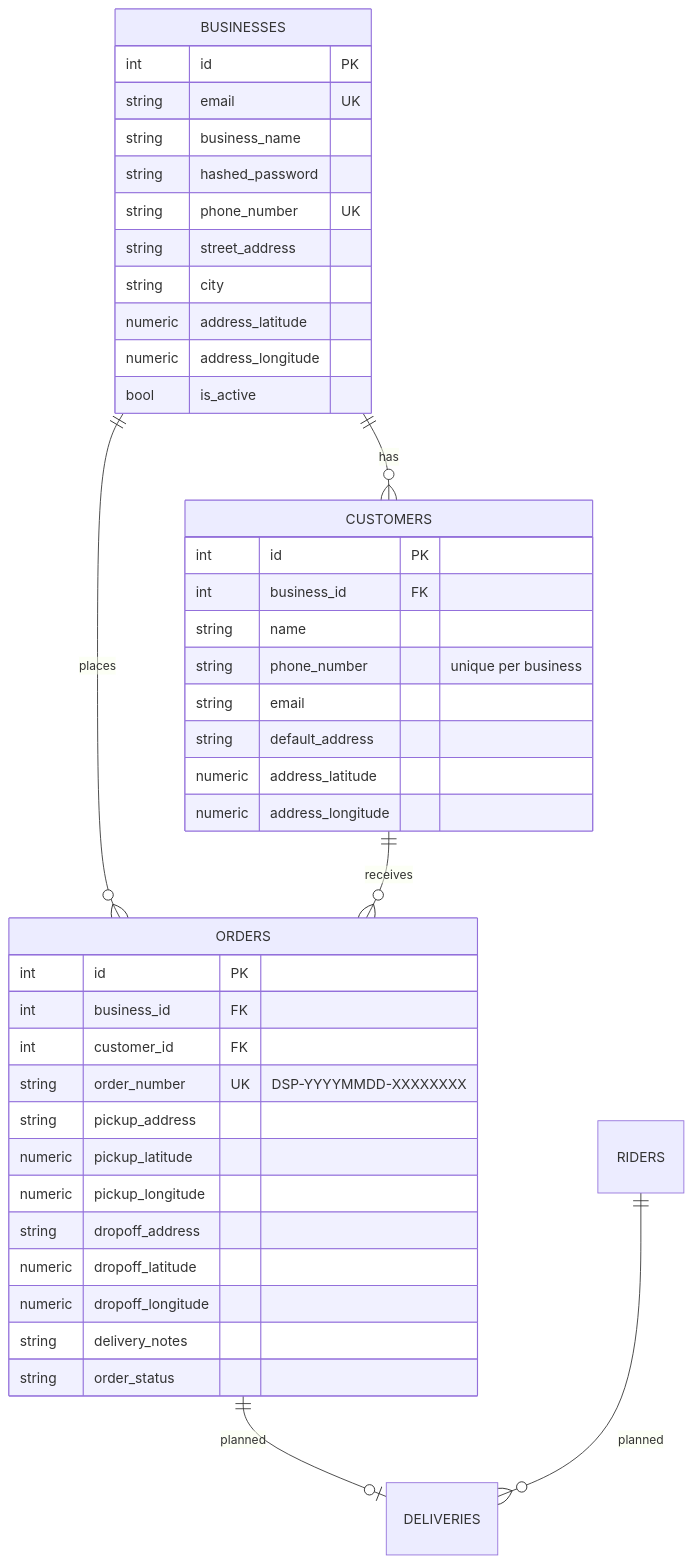
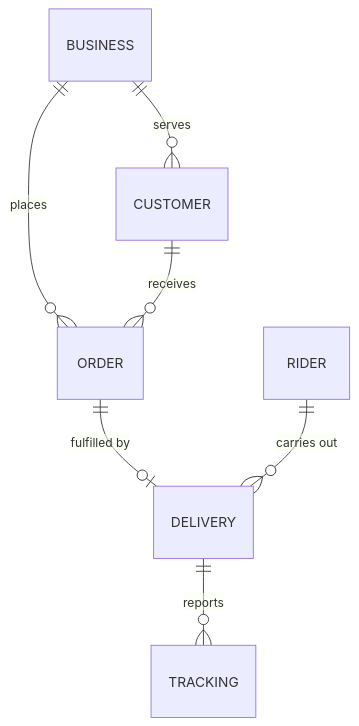
The third of 3 diagrams in README.md (mutindarisper/dispatchly-showcase), drawn with Mermaid before and after one commit. The commit also changed other lines of this file, not shown here.

````diff
--- a/README.md
+++ b/README.md
@@ -162,45 +151,9 @@
 ```mermaid
 erDiagram
-    BUSINESSES ||--o{ CUSTOMERS : "has"
-    BUSINESSES ||--o{ ORDERS : "places"
-    CUSTOMERS  ||--o{ ORDERS : "receives"
-    ORDERS     ||--o| DELIVERIES : "planned"
-    RIDERS     ||--o{ DELIVERIES : "planned"
-
-    BUSINESSES {
-        int id PK
-        string email UK
-        string business_name
-        string hashed_password
-        string phone_number UK
-        string street_address
-        string city
-        numeric address_latitude
-        numeric address_longitude
-        bool is_active
-    }
-    CUSTOMERS {
-        int id PK
-        int business_id FK
-        string name
-        string phone_number "unique per business"
-        string email
-        string default_address
-        numeric address_latitude
-        numeric address_longitude
-    }
-    ORDERS {
-        int id PK
-        int business_id FK
-        int customer_id FK
-        string order_number UK "DSP-YYYYMMDD-XXXXXXXX"
-        string pickup_address
-        numeric pickup_latitude
-        numeric pickup_longitude
-        string dropoff_address
-        numeric dropoff_latitude
-        numeric dropoff_longitude
-        string delivery_notes
-        string order_status
-    }
+    BUSINESS ||--o{ CUSTOMER : "serves"
+    BUSINESS ||--o{ ORDER : "places"
+    CUSTOMER ||--o{ ORDER : "receives"
+    ORDER    ||--o| DELIVERY : "fulfilled by"
+    RIDER    ||--o{ DELIVERY : "carries out"
+    DELIVERY ||--o{ TRACKING : "reports"
 ```
````
